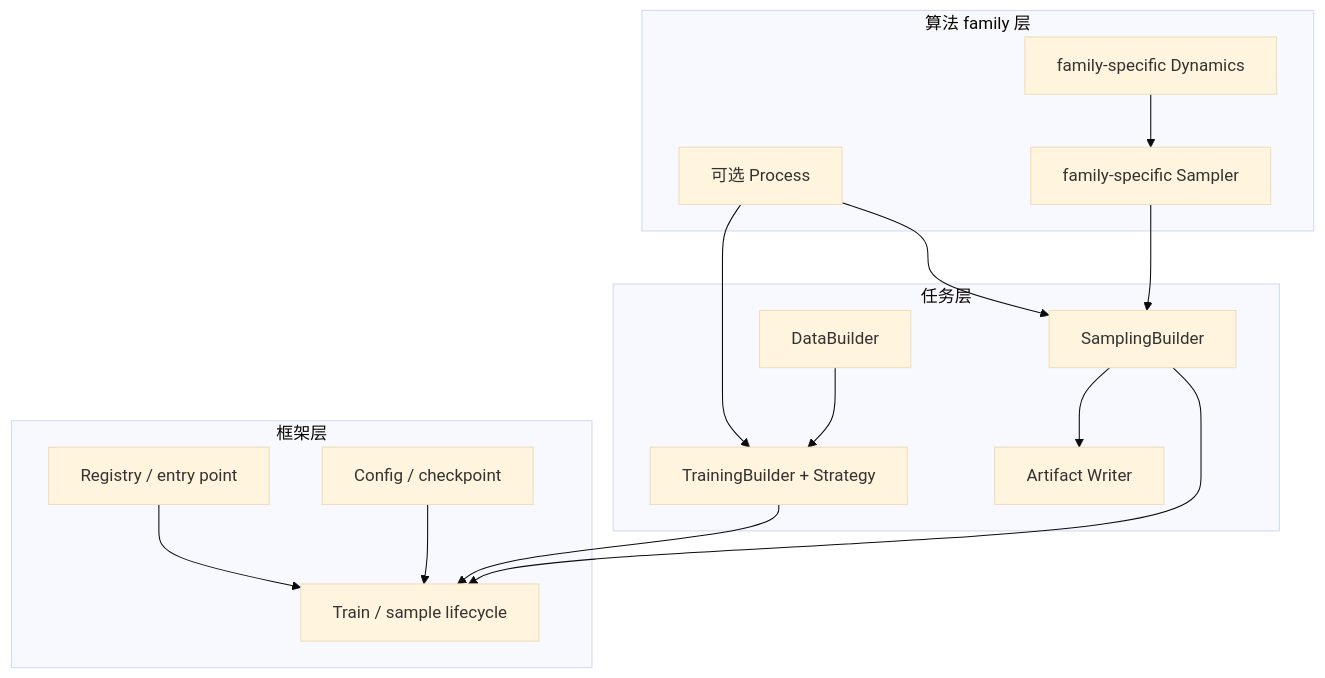
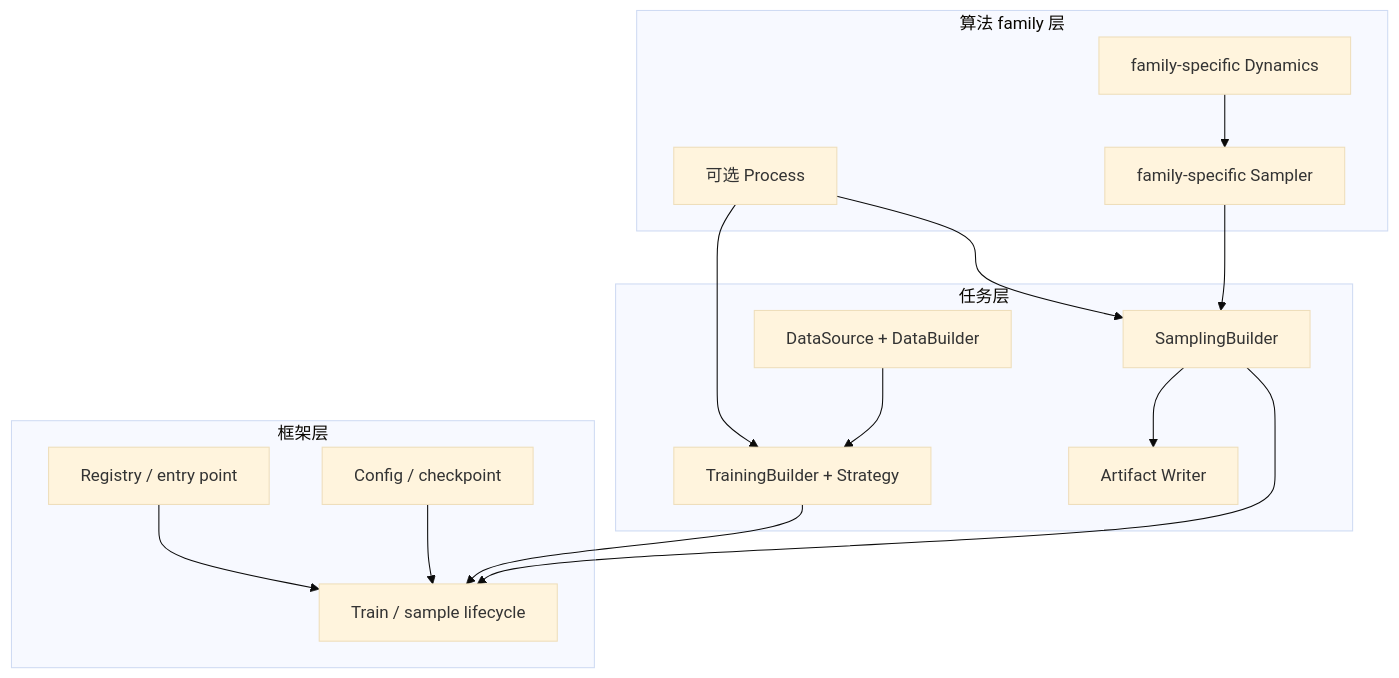
Before and after one commit to supermassiveasshole/stochaflow: the diagram in docs/framework.md, drawn with Mermaid (base theme). The commit also changed other lines of this file and 70 other files, not shown here.

````diff
--- a/docs/framework.md
+++ b/docs/framework.md
@@ -51,32 +53,32 @@
 ```mermaid
 flowchart TB
     subgraph Framework["框架层"]
         Registry["Registry / entry point"]
         Config["Config / checkpoint"]
         Runtime["Train / sample lifecycle"]
     end
 
     subgraph Family["算法 family 层"]
         Process["可选 Process"]
         Dynamics["family-specific Dynamics"]
         Sampler["family-specific Sampler"]
     end
 
     subgraph Task["任务层"]
-        Data["DataBuilder"]
+        Data["DataSource + DataBuilder"]
         Training["TrainingBuilder + Strategy"]
         Sampling["SamplingBuilder"]
         Artifact["Artifact Writer"]
     end
 
     Registry --> Runtime
     Config --> Runtime
     Process --> Training
     Process --> Sampling
     Dynamics --> Sampler
     Sampler --> Sampling
     Data --> Training
     Training --> Runtime
     Sampling --> Runtime
     Sampling --> Artifact
 ```
````
